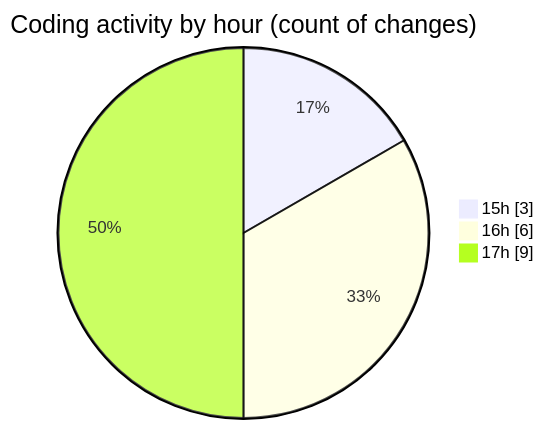
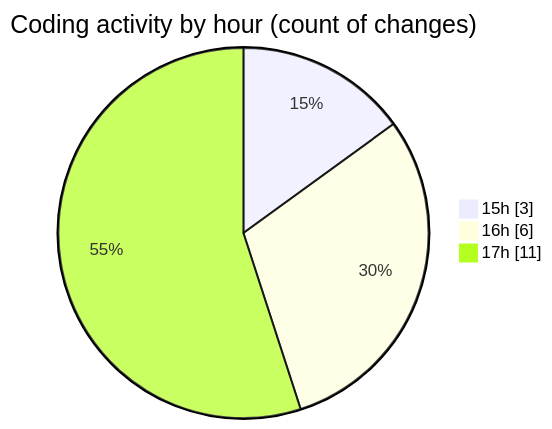
Before and after one commit to vahidmafi/code-tracking: the second of 2 diagrams in 2025-06-27/horizon/README.md, drawn with Mermaid. The commit also changed other lines of this file and 1 other file, not shown here.

````diff
--- a/2025-06-27/horizon/README.md
+++ b/2025-06-27/horizon/README.md
@@ -29,7 +29,7 @@
 ```mermaid
 pie showData
 title Coding activity by hour (count of changes)
 "15h" : 3
 "16h" : 6
-"17h" : 9
+"17h" : 11
 ```
````
